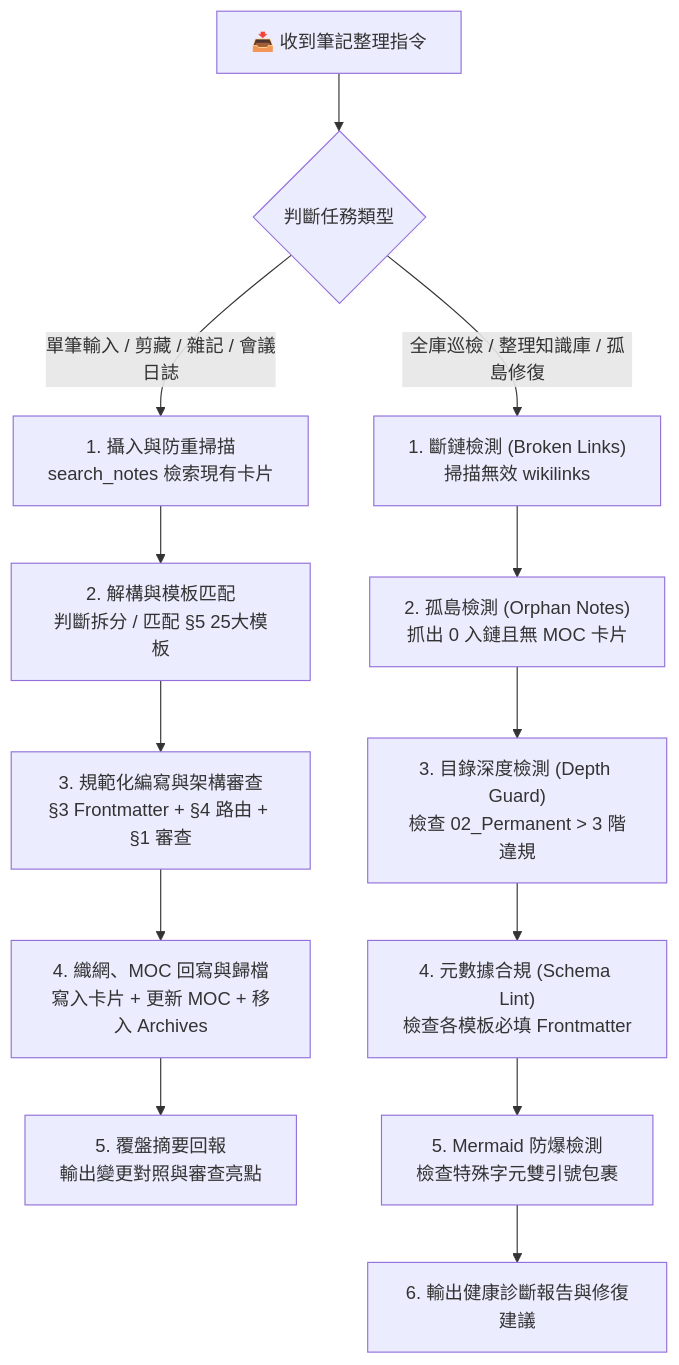
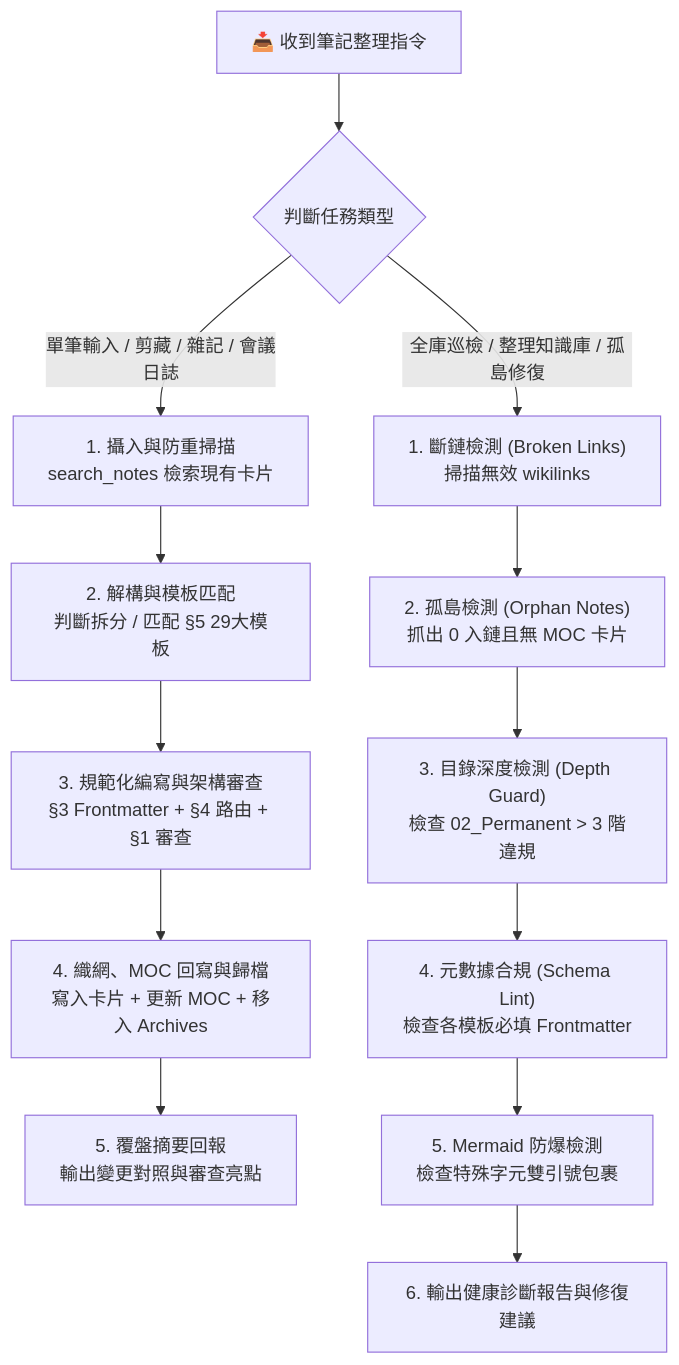
Before and after one commit to JackyLin213/Obsidian_Agent_Starter_Template_EE: the third of 3 diagrams in AGENTS.md, drawn with Mermaid. The commit also changed other lines of this file and 6 other files, not shown here.

````diff
--- a/AGENTS.md
+++ b/AGENTS.md
@@ -228,19 +240,19 @@
 ```mermaid
 flowchart TD
     Trigger["📥 收到筆記整理指令"] --> Mode{"判斷任務類型"}
     
     %% 單筆提煉流水線
     Mode -->|單筆輸入 / 剪藏 / 雜記 / 會議日誌| S1["1. 攝入與防重掃描<br>search_notes 檢索現有卡片"]
-    S1 --> S2["2. 解構與模板匹配<br>判斷拆分 / 匹配 §5 25大模板"]
+    S1 --> S2["2. 解構與模板匹配<br>判斷拆分 / 匹配 §5 29大模板"]
     S2 --> S3["3. 規範化編寫與架構審查<br>§3 Frontmatter + §4 路由 + §1 審查"]
     S3 --> S4["4. 織網、MOC 回寫與歸檔<br>寫入卡片 + 更新 MOC + 移入 Archives"]
     S4 --> S5["5. 覆盤摘要回報<br>輸出變更對照與審查亮點"]
     
     %% 知識庫巡檢流水線
     Mode -->|全庫巡檢 / 整理知識庫 / 孤島修復| V1["1. 斷鏈檢測 (Broken Links)<br>掃描無效 wikilinks"]
     V1 --> V2["2. 孤島檢測 (Orphan Notes)<br>抓出 0 入鏈且無 MOC 卡片"]
     V2 --> V3["3. 目錄深度檢測 (Depth Guard)<br>檢查 02_Permanent > 3 階違規"]
     V3 --> V4["4. 元數據合規 (Schema Lint)<br>檢查各模板必填 Frontmatter"]
     V4 --> V5["5. Mermaid 防爆檢測<br>檢查特殊字元雙引號包裹"]
     V5 --> V6["6. 輸出健康診斷報告與修復建議"]
 ```
````
